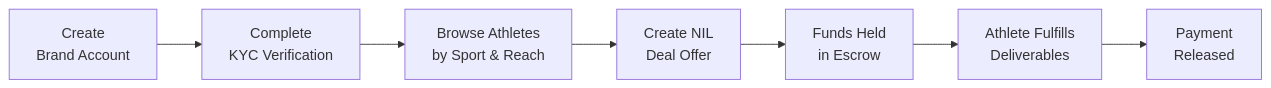
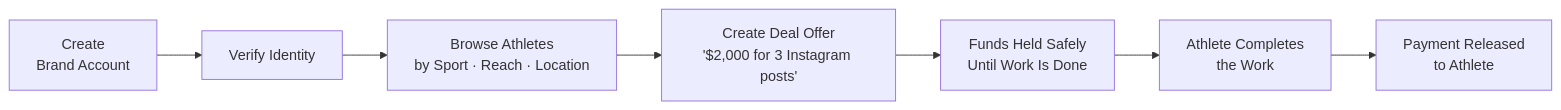
One commit to huttonbenj/The-Prowler changed the fourth of 13 diagrams in STRATEGY.md. Above: the diagram before and after it, drawn with Mermaid. The commit also changed other lines of this file and 1 other file, not shown here.

````diff
--- a/STRATEGY.md
+++ b/STRATEGY.md
@@ -101,9 +125,9 @@
 ```mermaid
 flowchart LR
-    A["Create<br/>Brand Account"] --> B["Complete<br/>KYC Verification"]
-    B --> C["Browse Athletes<br/>by Sport & Reach"]
-    C --> D["Create NIL<br/>Deal Offer"]
-    D --> E["Funds Held<br/>in Escrow"]
-    E --> F["Athlete Fulfills<br/>Deliverables"]
-    F --> G["Payment<br/>Released"]
+    A["Create<br/>Brand Account"] --> B["Verify Identity"]
+    B --> C["Browse Athletes<br/>by Sport · Reach · Location"]
+    C --> D["Create Deal Offer<br/>'$2,000 for 3 Instagram posts'"]
+    D --> E["Funds Held Safely<br/>Until Work Is Done"]
+    E --> F["Athlete Completes<br/>the Work"]
+    F --> G["Payment Released<br/>to Athlete"]
 ```
````
